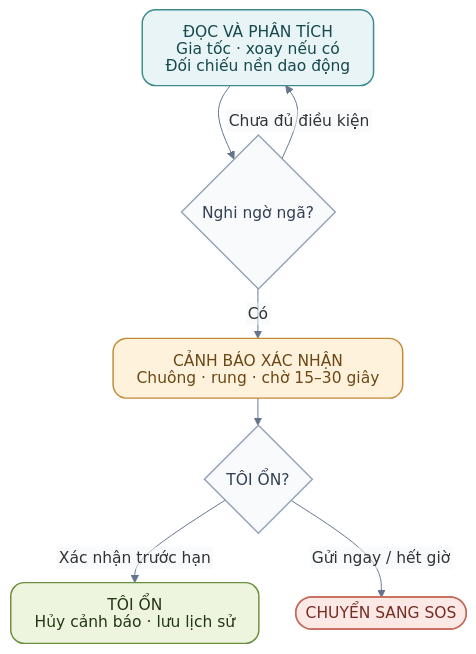
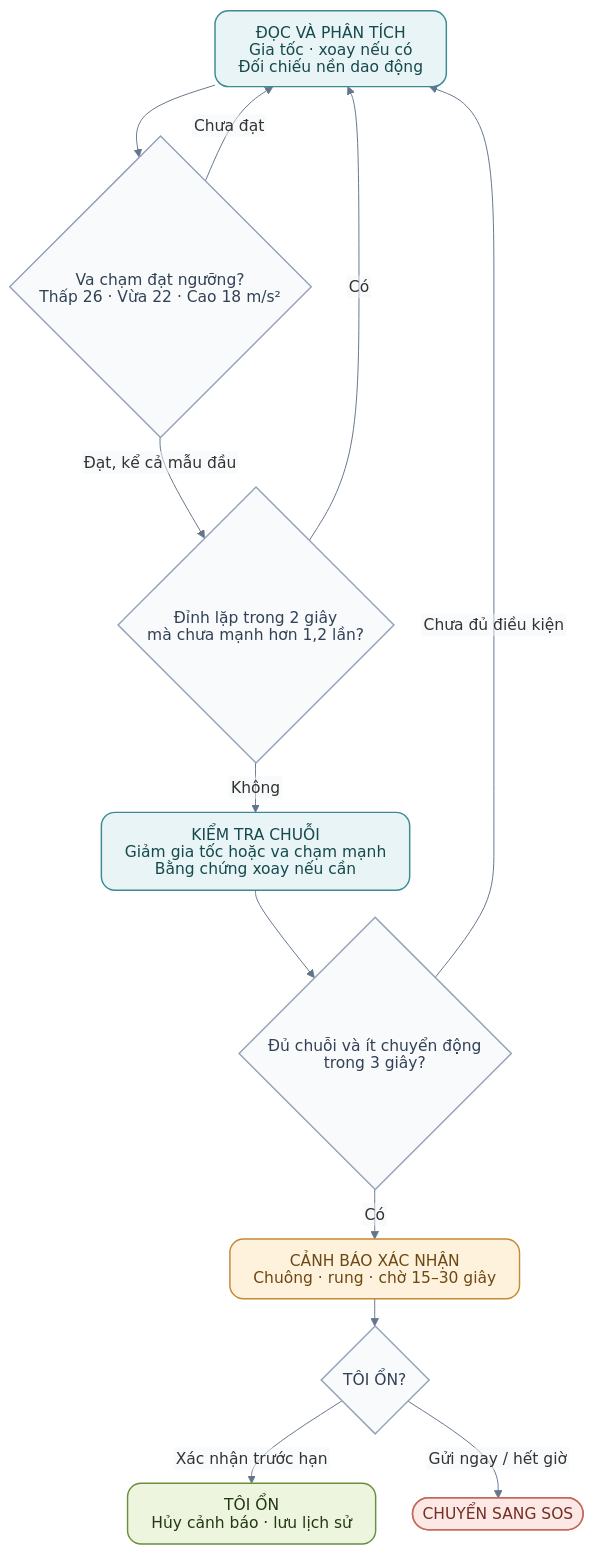
One commit to Vinh-205/Motion changed the third of 4 diagrams in README.md. Above: the diagram before and after it, drawn with Mermaid. The commit also changed other lines of this file and 23 other files, not shown here.

````diff
--- a/README.md
+++ b/README.md
@@ -326,42 +354,49 @@
 ```mermaid
 ---
 config:
   htmlLabels: false
   theme: base
   themeVariables:
     fontFamily: Segoe UI, Arial, sans-serif
     fontSize: 16px
     lineColor: '#64748b'
     edgeLabelBackground: '#f1f5f9'
   flowchart:
     wrappingWidth: 300
     curve: basis
     nodeSpacing: 38
     rankSpacing: 28
     padding: 12
 ---
 flowchart TB
     READ["ĐỌC VÀ PHÂN TÍCH<br/>Gia tốc · xoay nếu có<br/>Đối chiếu nền dao động"]
-    SUSPECT{"Nghi ngờ ngã?"}
+    IMPACT{"Va chạm đạt ngưỡng?<br/>Thấp 26 · Vừa 22 · Cao 18 m/s²"}
+    REPEAT{"Đỉnh lặp trong 2 giây<br/>mà chưa mạnh hơn 1,2 lần?"}
+    EVIDENCE["KIỂM TRA CHUỖI<br/>Giảm gia tốc hoặc va chạm mạnh<br/>Bằng chứng xoay nếu cần"]
+    SUSPECT{"Đủ chuỗi và ít chuyển động<br/>trong 3 giây?"}
     ALERT["CẢNH BÁO XÁC NHẬN<br/>Chuông · rung · chờ 15–30 giây"]
     CHOICE{"TÔI ỔN?"}
     SAFE["TÔI ỔN<br/>Hủy cảnh báo · lưu lịch sử"]
     SOS(["CHUYỂN SANG SOS"])
 
-    READ --> SUSPECT
+    READ --> IMPACT
+    IMPACT -- "Chưa đạt" --> READ
+    IMPACT -- "Đạt, kể cả mẫu đầu" --> REPEAT
+    REPEAT -- "Có" --> READ
+    REPEAT -- "Không" --> EVIDENCE --> SUSPECT
     SUSPECT -- "Chưa đủ điều kiện" --> READ
     SUSPECT -- "Có" --> ALERT --> CHOICE
     CHOICE -- "Xác nhận trước hạn" --> SAFE
     CHOICE -- "Gửi ngay / hết giờ" --> SOS
 
     classDef monitor fill:#e8f4f5,stroke:#3d8b90,color:#16494d,stroke-width:1.5px,rx:14,ry:14;
     classDef decision fill:#f8fafc,stroke:#94a3b8,color:#334155,stroke-width:1.5px;
     classDef warning fill:#fff2dc,stroke:#c38b35,color:#6b4815,stroke-width:1.5px,rx:14,ry:14;
     classDef safe fill:#edf5df,stroke:#6b8f3c,color:#243713,stroke-width:1.5px,rx:14,ry:14;
     classDef sos fill:#fce9e6,stroke:#c7685c,color:#762d24,stroke-width:1.5px;
-    class READ monitor;
-    class SUSPECT,CHOICE decision;
+    class READ,EVIDENCE monitor;
+    class IMPACT,REPEAT,SUSPECT,CHOICE decision;
     class ALERT warning;
     class SAFE safe;
     class SOS sos;
 ```
````
